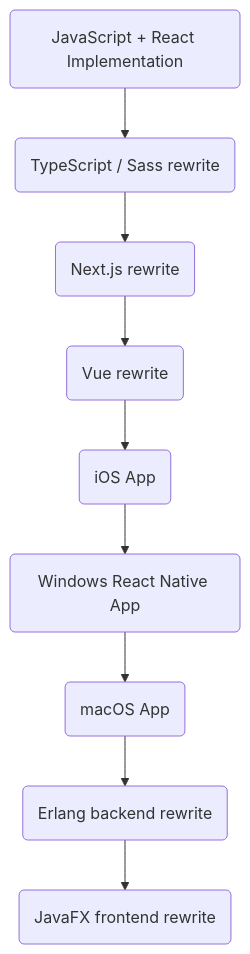
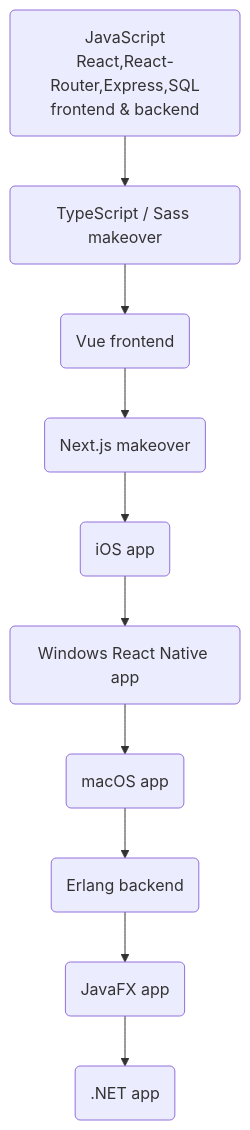
One commit to LowComDenom/wellness-calendar changed the third of 3 diagrams in README.md. Above: the diagram before and after it, drawn with Mermaid. The commit also changed other lines of this file, not shown here.

````diff
--- a/README.md
+++ b/README.md
@@ -68,13 +43,16 @@
 ```mermaid
 flowchart TD
-1(JavaScript + React Implementation)
-2(TypeScript / Sass rewrite)
-3(Next.js rewrite)
-4(Vue rewrite)
-5(iOS App)
-6(Windows React Native App)
-7(macOS App)
-8(Erlang backend rewrite)
-9(JavaFX frontend rewrite)
-1 --> 2 --> 3 --> 4 --> 5 --> 6 --> 7 --> 8 --> 9
+1(JavaScript
+React,React-Router,Express,SQL
+frontend & backend)
+2(TypeScript / Sass makeover)
+3(Vue frontend)
+4(Next.js makeover)
+5(iOS app)
+6(Windows React Native app)
+7(macOS app)
+8(Erlang backend)
+9(JavaFX app)
+10(.NET app)
+1 --> 2 --> 3 --> 4 --> 5 --> 6 --> 7 --> 8 --> 9 --> 10
 ```
````
